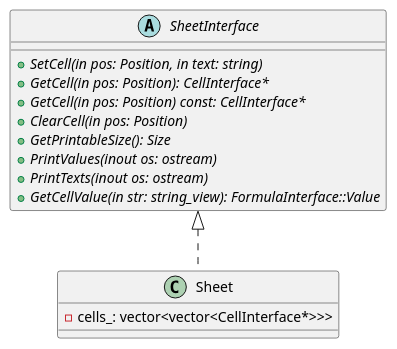
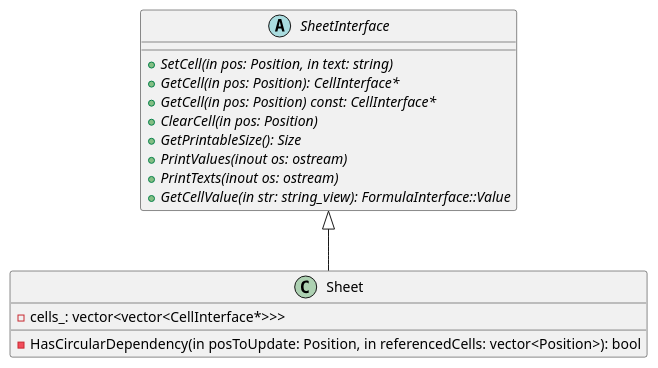
The diagram in uml/sheet.puml (kazarynau/YandexPraktikumFinal), drawn with PlantUML before and after one commit. The commit also changed 3 other files, not shown here.

Commit message:
Add HasCircularDependency()

```diff
--- a/uml/sheet.puml
+++ b/uml/sheet.puml
@@ -2,20 +2,21 @@
 @startuml
 
 abstract class SheetInterface {
     +{abstract} SetCell(in pos: Position, in text: string)
     +{abstract} GetCell(in pos: Position): CellInterface*
     +{abstract} GetCell(in pos: Position) const: CellInterface*
     +{abstract} ClearCell(in pos: Position)
     +{abstract} GetPrintableSize(): Size
     +{abstract} PrintValues(inout os: ostream)
     +{abstract} PrintTexts(inout os: ostream)
     +{abstract} GetCellValue(in str: string_view): FormulaInterface::Value
 }
 
 class Sheet {
     -cells_: vector<vector<CellInterface*>>>
+    -HasCircularDependency(in posToUpdate: Position, in referencedCells: vector<Position>): bool
 }
 
-class Sheet implements SheetInterface
+class Sheet extends SheetInterface
 
 @enduml
```
